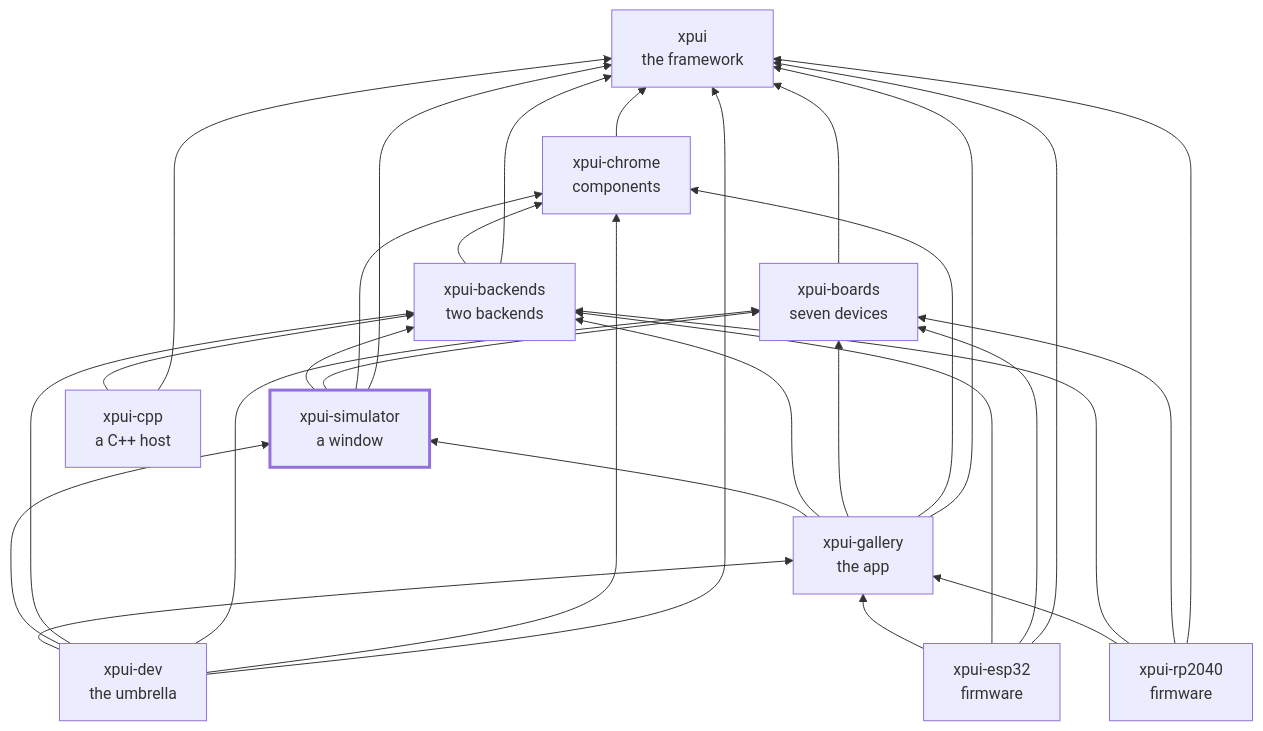
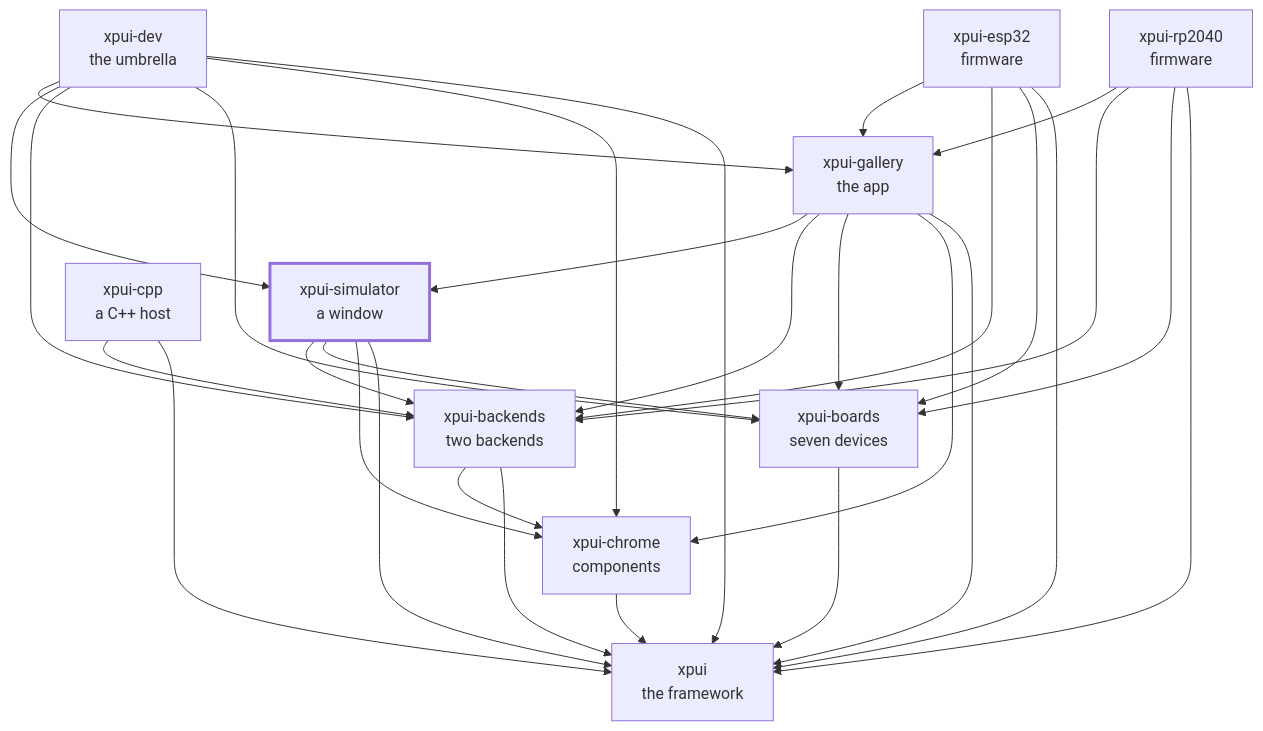
The diagram in README.md (XPUI-Framework/xpui-simulator), drawn with Mermaid before and after one commit. The commit also changed other lines of this file and 23 other files, not shown here.

````diff
--- a/README.md
+++ b/README.md
@@ -97,43 +87,43 @@
 ```mermaid
-flowchart BT
+flowchart TD
   xpui["xpui<br/>the framework"]
   chrome["xpui-chrome<br/>components"]
   boards["xpui-boards<br/>seven devices"]
   backends["xpui-backends<br/>two backends"]
   simulator["xpui-simulator<br/>a window"]
   gallery["xpui-gallery<br/>the app"]
   rp2040["xpui-rp2040<br/>firmware"]
   esp32["xpui-esp32<br/>firmware"]
   cpp["xpui-cpp<br/>a C++ host"]
   dev["xpui-dev<br/>the umbrella"]
   chrome --> xpui
   boards --> xpui
   backends --> xpui
   backends --> chrome
   simulator --> xpui
   simulator --> chrome
   simulator --> boards
   simulator --> backends
   gallery --> xpui
   gallery --> chrome
   gallery --> boards
   gallery --> backends
   gallery --> simulator
   rp2040 --> xpui
   rp2040 --> boards
   rp2040 --> backends
   rp2040 --> gallery
   esp32 --> xpui
   esp32 --> boards
   esp32 --> backends
   esp32 --> gallery
   cpp --> xpui
   cpp --> backends
   dev --> xpui
   dev --> chrome
   dev --> boards
   dev --> backends
   dev --> simulator
   dev --> gallery
   style simulator stroke-width:3px
 ```
````
